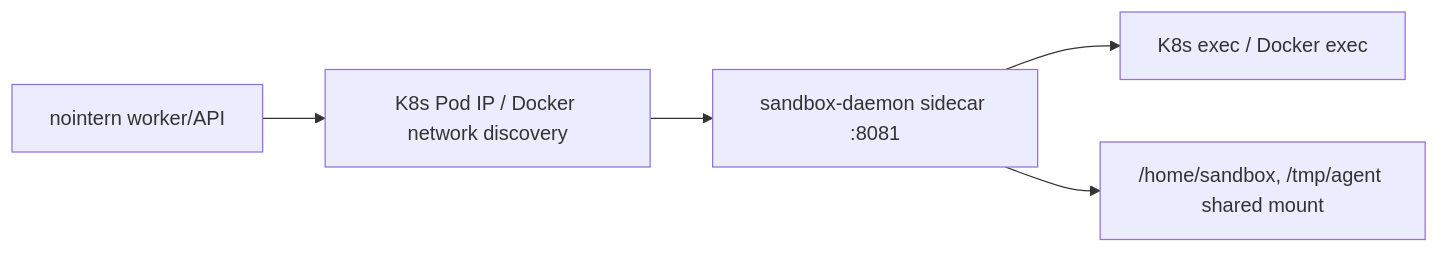
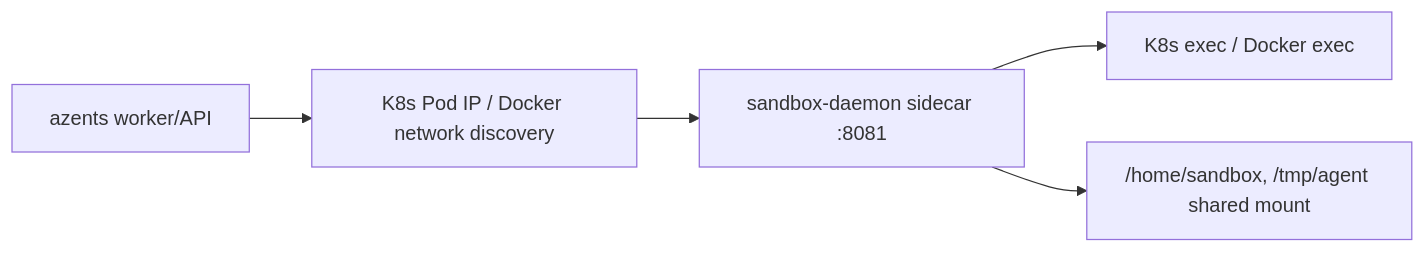
One commit to azents/azents changed the first of 4 diagrams in docs/azents/design/sandbox-260506-sandbox-control-channel.md. Above: the diagram before and after it, drawn with Mermaid. The commit also changed other lines of this file and 245 other files, not shown here.

````diff
--- a/docs/azents/design/sandbox-260506-sandbox-control-channel.md
+++ b/docs/azents/design/sandbox-260506-sandbox-control-channel.md
@@ -63,7 +63,7 @@
 ```mermaid
 flowchart LR
-    Worker[nointern worker/API] --> Discover[K8s Pod IP / Docker network discovery]
+    Worker[azents worker/API] --> Discover[K8s Pod IP / Docker network discovery]
     Discover --> Daemon[sandbox-daemon sidecar :8081]
     Daemon --> Exec[K8s exec / Docker exec]
     Daemon --> FS["/home/sandbox, /tmp/agent shared mount"]
 ```
````
